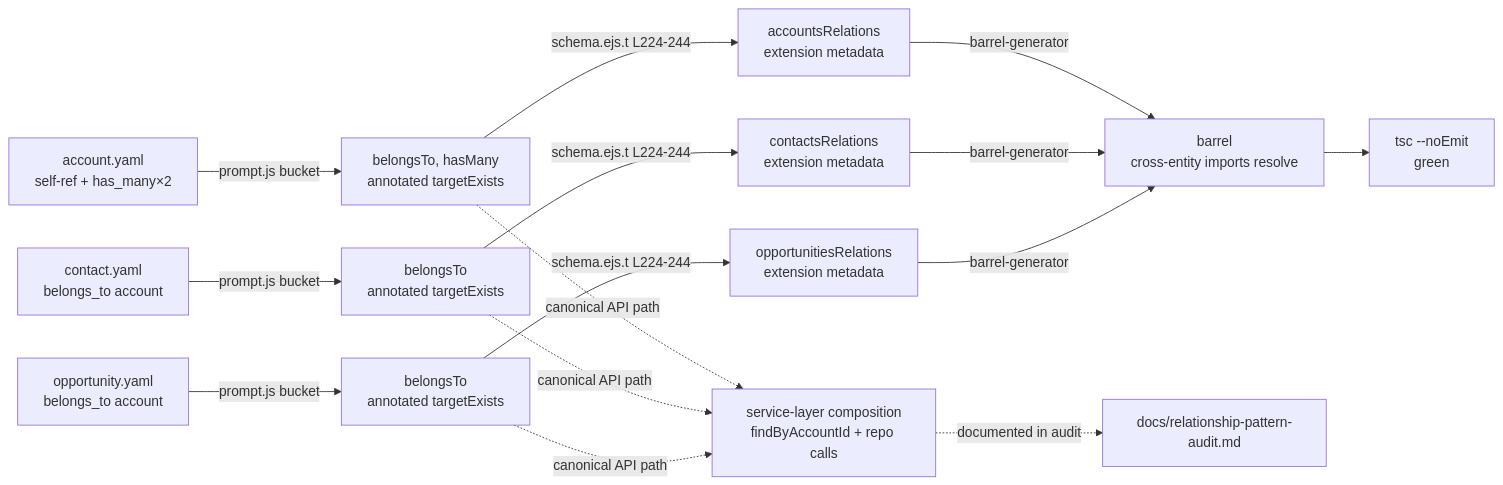
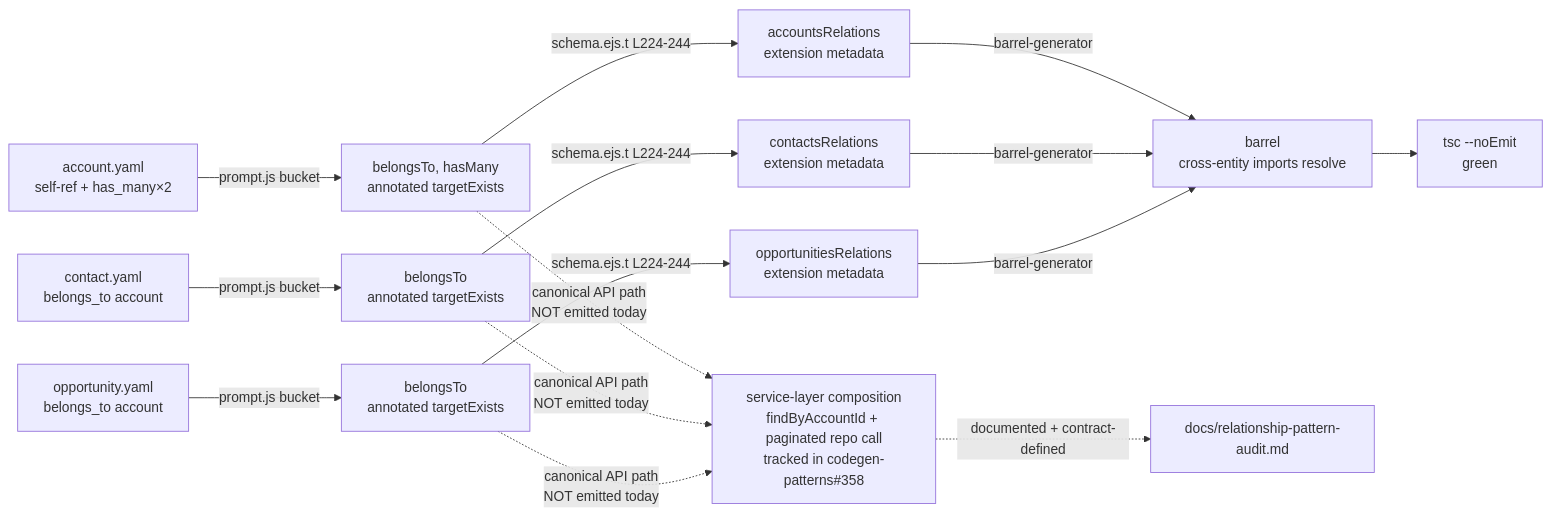
Before and after one commit to pattern-stack/codegen-patterns: the diagram in .ai-docs/stacks/codegen-app-patterns/specs/cgp-62.md, drawn with Mermaid. The commit also changed other lines of this file and 1 other file, not shown here.

First line of the commit message:
docs(#62): fold maintainer answers into relationship audit spec (revision 4)

````diff
--- a/.ai-docs/stacks/codegen-app-patterns/specs/cgp-62.md
+++ b/.ai-docs/stacks/codegen-app-patterns/specs/cgp-62.md
@@ -163,13 +252,13 @@
 ```mermaid
 flowchart LR
   Y1[account.yaml<br/>self-ref + has_many×2] -->|prompt.js bucket| P1[belongsTo, hasMany<br/>annotated targetExists]
   Y2[contact.yaml<br/>belongs_to account] -->|prompt.js bucket| P2[belongsTo<br/>annotated targetExists]
   Y3[opportunity.yaml<br/>belongs_to account] -->|prompt.js bucket| P3[belongsTo<br/>annotated targetExists]
   P1 -->|schema.ejs.t L224-244| S1[accountsRelations<br/>extension metadata]
   P2 -->|schema.ejs.t L224-244| S2[contactsRelations<br/>extension metadata]
   P3 -->|schema.ejs.t L224-244| S3[opportunitiesRelations<br/>extension metadata]
   S1 & S2 & S3 -->|barrel-generator| B[barrel<br/>cross-entity imports resolve]
   B --> T[tsc --noEmit<br/>green]
-  P1 & P2 & P3 -.canonical API path.-> C[service-layer composition<br/>findByAccountId + repo calls]
-  C -.documented in audit.-> AD[docs/relationship-pattern-audit.md]
+  P1 & P2 & P3 -.canonical API path<br/>NOT emitted today.-> C[service-layer composition<br/>findByAccountId + paginated repo call<br/>tracked in codegen-patterns#358]
+  C -.documented + contract-defined.-> AD[docs/relationship-pattern-audit.md]
 ```
````
